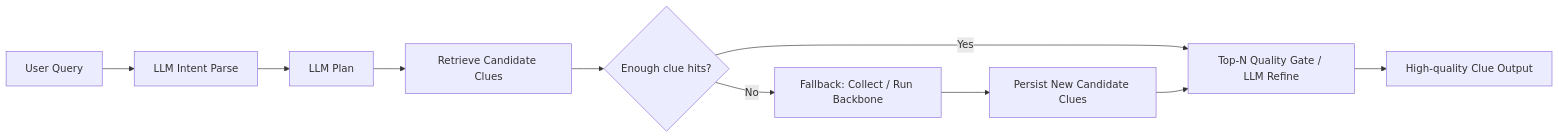
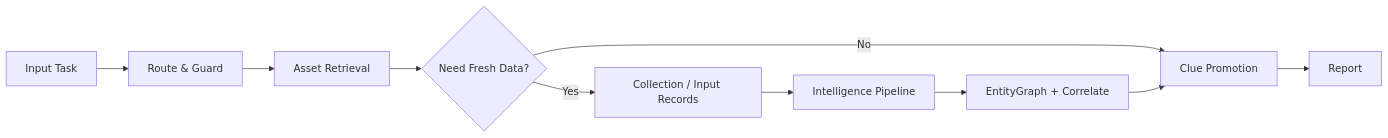
The third of 3 diagrams in docs/architecture_scaling_plan.md (scyForever/BlackAgent), drawn with Mermaid before and after one commit. The commit also changed other lines of this file and 9 other files, not shown here.

````diff
--- a/docs/architecture_scaling_plan.md
+++ b/docs/architecture_scaling_plan.md
@@ -180,12 +184,12 @@
 ```mermaid
 flowchart LR
-    U[User Query] --> P1[LLM Intent Parse]
-    P1 --> P2[LLM Plan]
-    P2 --> R[Retrieve Candidate Clues]
-    R --> Q{Enough clue hits?}
-    Q -- Yes --> F1[Top-N Quality Gate / LLM Refine]
-    Q -- No --> F2[Fallback: Collect / Run Backbone]
-    F2 --> S[Persist New Candidate Clues]
-    S --> F1
-    F1 --> O[High-quality Clue Output]
+    U[Input Task] --> G[Route & Guard]
+    G --> R[Asset Retrieval]
+    R --> Q{Need Fresh Data?}
+    Q -- No --> P[Clue Promotion]
+    Q -- Yes --> C[Collection / Input Records]
+    C --> B[Intelligence Pipeline]
+    B --> E[EntityGraph + Correlate]
+    E --> P
+    P --> O[Report]
 ```
````
